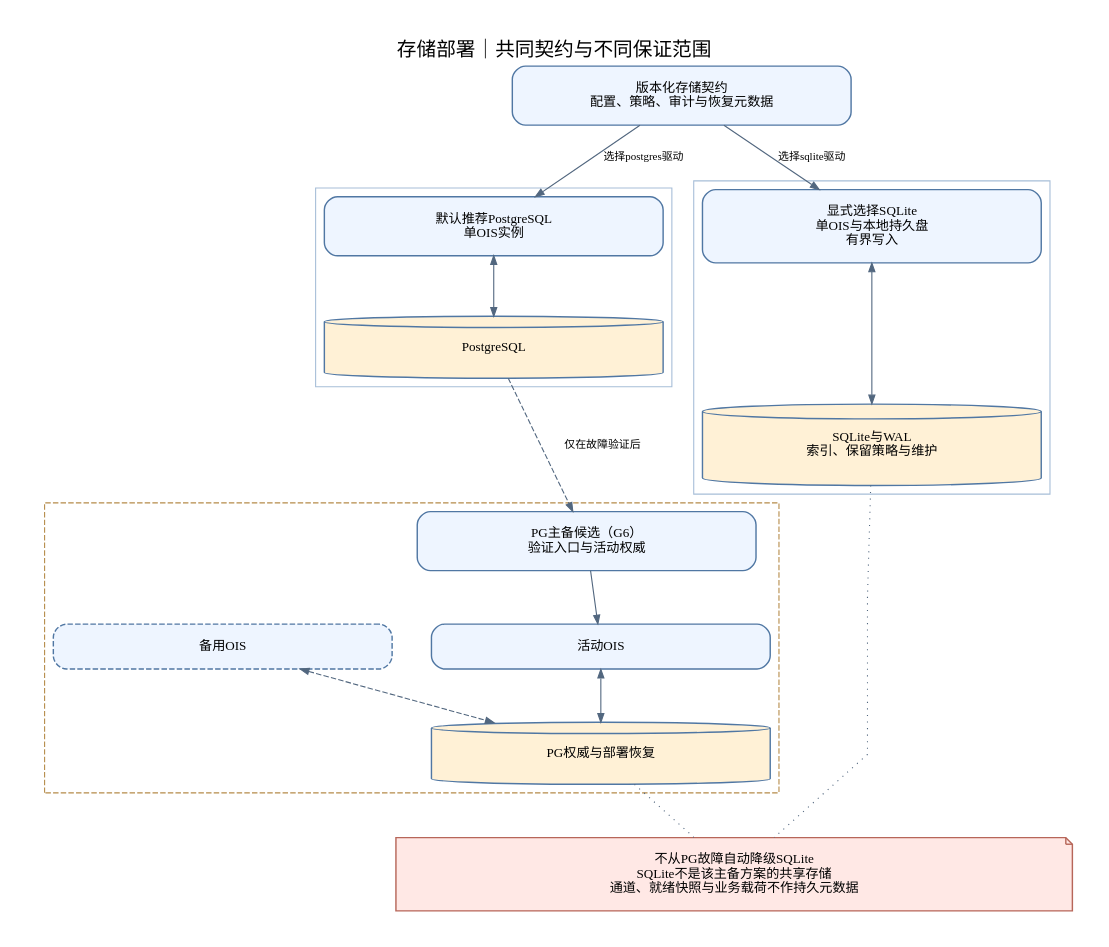
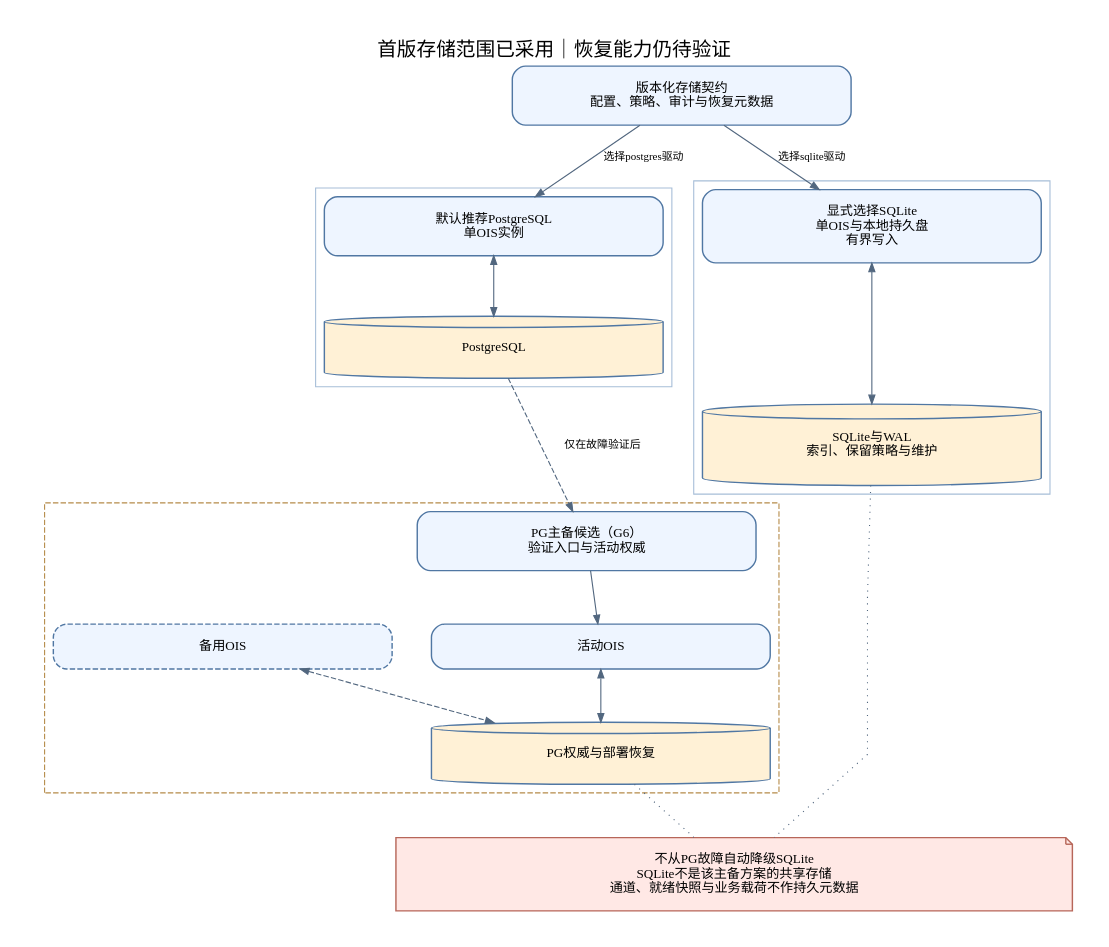
The diagram in docs/architecture/diagrams/v0.7/05-deployment.dot (wyw-ai/loom-oi), drawn with Graphviz before and after one commit. The commit also changed 38 other files, not shown here.

```diff
--- a/docs/architecture/diagrams/v0.7/05-deployment.dot
+++ b/docs/architecture/diagrams/v0.7/05-deployment.dot
@@ -1,16 +1,16 @@
 digraph G {
 graph [bgcolor="white",pad="0.35",nodesep="0.5",ranksep="0.65",fontname="Noto Sans SC",fontsize=18,labelloc="t",splines=polyline];
 node [shape=box,style="rounded,filled",fillcolor="#eef5ff",color="#5077a3",fontname="Noto Sans SC",fontsize=12,width=4.3,margin="0.35,0.2",penwidth=1.3];
 edge [color="#52677f",fontname="Noto Sans SC",fontsize=10,arrowsize=0.8];
-rankdir=TB;newrank=true;label="存储部署｜共同契约与不同保证范围";
+rankdir=TB;newrank=true;label="首版存储范围已采用｜恢复能力仍待验证";
  contract[label="版本化存储契约\n配置、策略、审计与恢复元数据"];
  subgraph cluster_pg {label="";color="#a7bed8";pgapp[label="默认推荐PostgreSQL\n单OIS实例"];pg[label="PostgreSQL",shape=cylinder,fillcolor="#fff1d6"];pgapp->pg[dir=both];}
  subgraph cluster_sqlite {label="";color="#a7bed8";sqapp[label="显式选择SQLite\n单OIS与本地持久盘\n有界写入"];sq[label="SQLite与WAL\n索引、保留策略与维护",shape=cylinder,fillcolor="#fff1d6"];sqapp->sq[dir=both];}
  {rank=same;pgapp;sqapp;}
 contract->pgapp[label="选择postgres驱动"];contract->sqapp[label="选择sqlite驱动"];
  subgraph cluster_ha {label="";style=dashed;color="#b58b49";entry[label="PG主备候选（G6）\n验证入口与活动权威"];active[label="活动OIS"];standby[label="备用OIS",style="rounded,dashed,filled"];shared[label="PG权威与部署恢复",shape=cylinder,fillcolor="#fff1d6"];entry->active;active->shared[dir=both];standby->shared[dir=both,style=dashed];}
  pg->entry[style=dashed,label="仅在故障验证后"];
  note[label="不从PG故障自动降级SQLite\nSQLite不是该主备方案的共享存储\n通道、就绪快照与业务载荷不作持久元数据",width=8.6,shape=note,fillcolor="#ffe8e5",color="#b76659"];
  sq->note[style=dotted,arrowhead=none];shared->note[style=dotted,arrowhead=none];
 
 }
```
